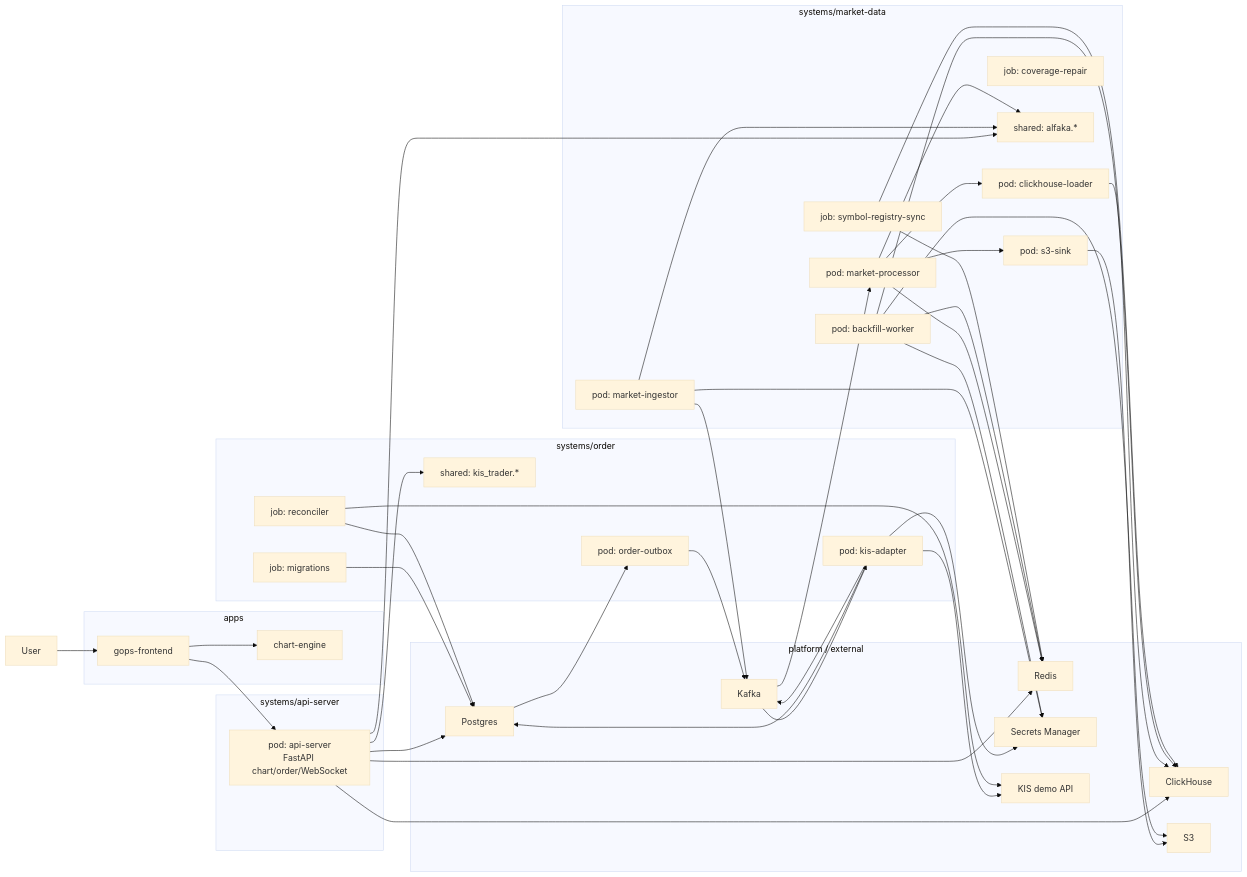
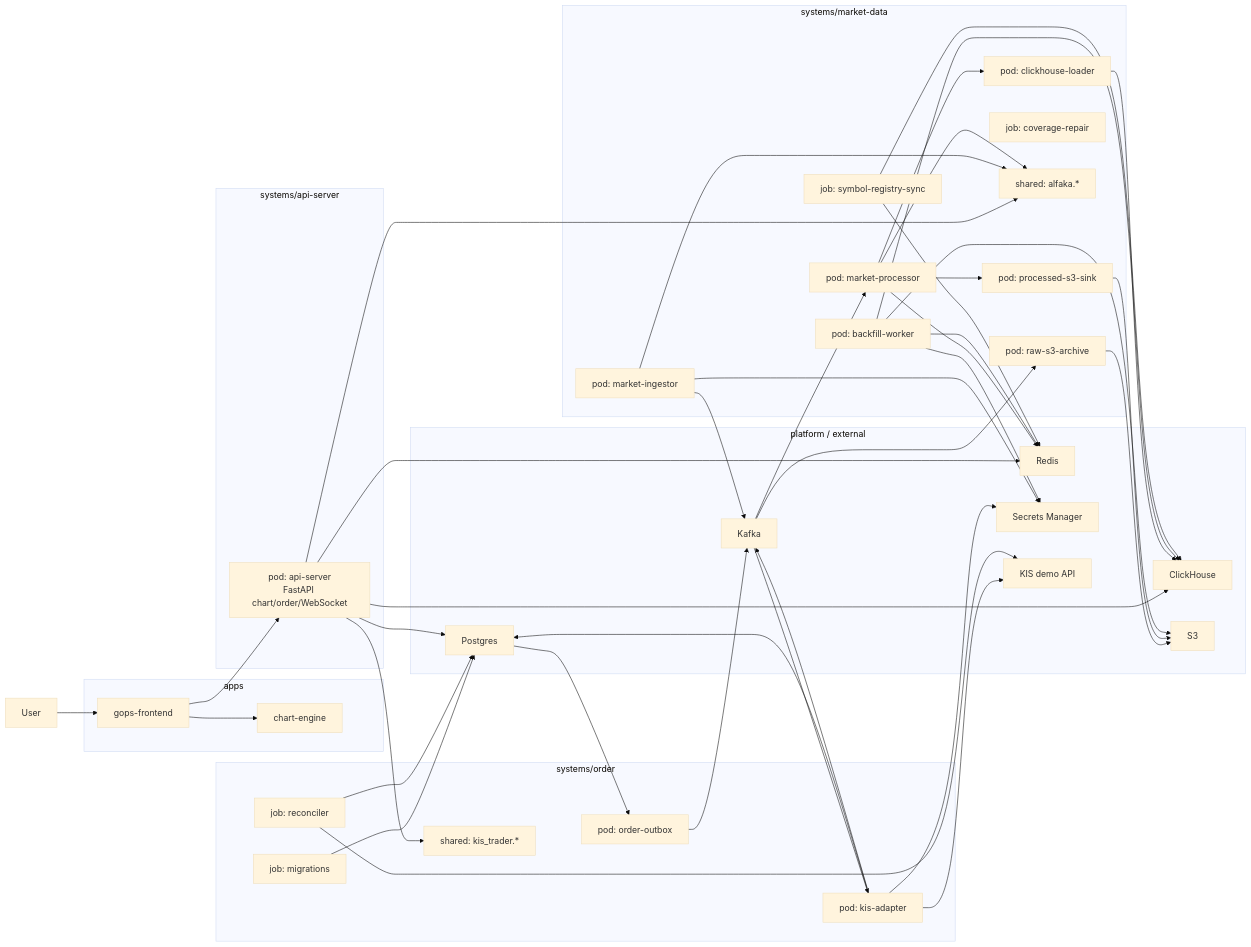
One commit to seunglee10/GOPS-BE changed the diagram in docs/ARCHITECTURE.md. Above: the diagram before and after it, drawn with Mermaid (base theme). The commit also changed 81 other files, not shown here.

```diff
--- a/docs/ARCHITECTURE.md
+++ b/docs/ARCHITECTURE.md
@@ -54,7 +54,8 @@
   subgraph Market["systems/market-data"]
     Ingestor["pod: market-ingestor"]
     Processor["pod: market-processor"]
-    S3Sink["pod: s3-sink"]
+    S3Sink["pod: processed-s3-sink"]
+    RawS3Archive["pod: raw-s3-archive"]
     CHLoader["pod: clickhouse-loader"]
     Backfill["pod: backfill-worker"]
     Registry["job: symbol-registry-sync"]
@@ -93,6 +94,8 @@
   Ingestor --> Kafka
   Ingestor --> Secrets
   Ingestor --> MarketShared
+  Kafka --> RawS3Archive
+  RawS3Archive --> S3
   Kafka --> Processor
   Processor --> Redis
   Processor --> S3Sink
```
